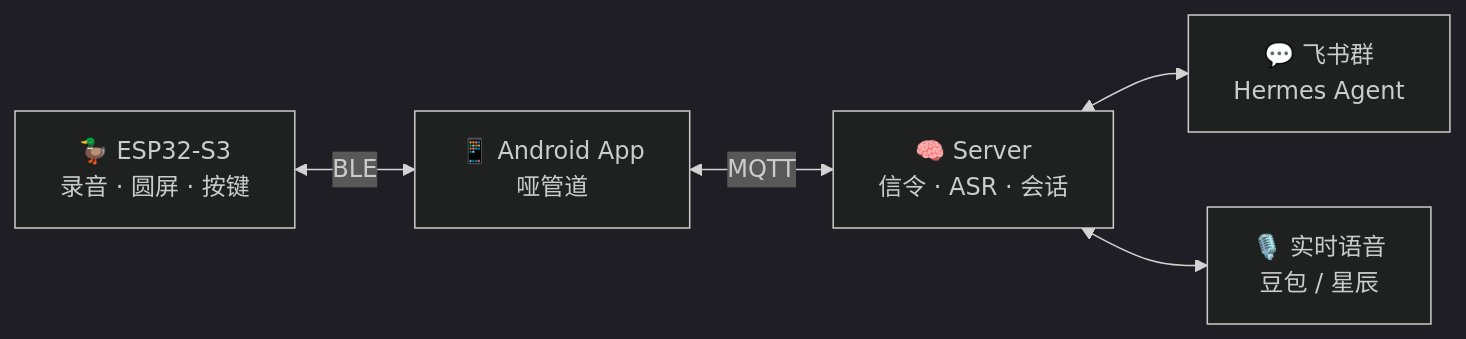
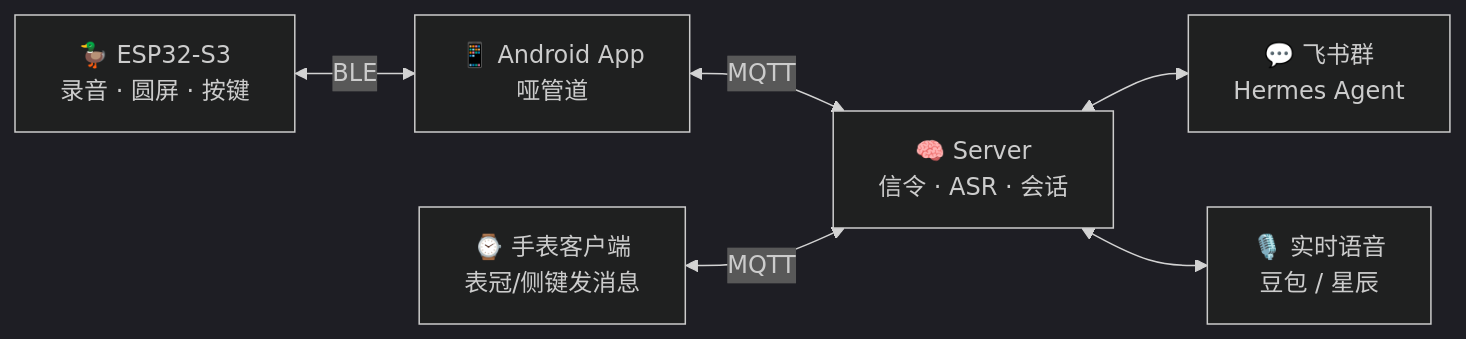
The diagram in README.md (EddiePengg/GaGaAi), drawn with Mermaid (dark theme) before and after one commit. The commit also changed other lines of this file and 123 other files, not shown here.

````diff
--- a/README.md
+++ b/README.md
@@ -62,13 +63,15 @@
 ```mermaid
 graph LR
     GAGA["🦆 ESP32-S3<br/>录音 · 圆屏 · 按键"]
+    WATCH["⌚ 手表客户端<br/>表冠/侧键发消息"]
     APP["📱 Android App<br/>哑管道"]
     SRV["🧠 Server<br/>信令 · ASR · 会话"]
     FS["💬 飞书群<br/>Hermes Agent"]
     RT["🎙️ 实时语音<br/>豆包 / 星辰"]
 
     GAGA <-- "BLE" --> APP
     APP <-- "MQTT" --> SRV
+    WATCH <-- "MQTT" --> SRV
     SRV <--> FS
     SRV <--> RT
 ```
````
